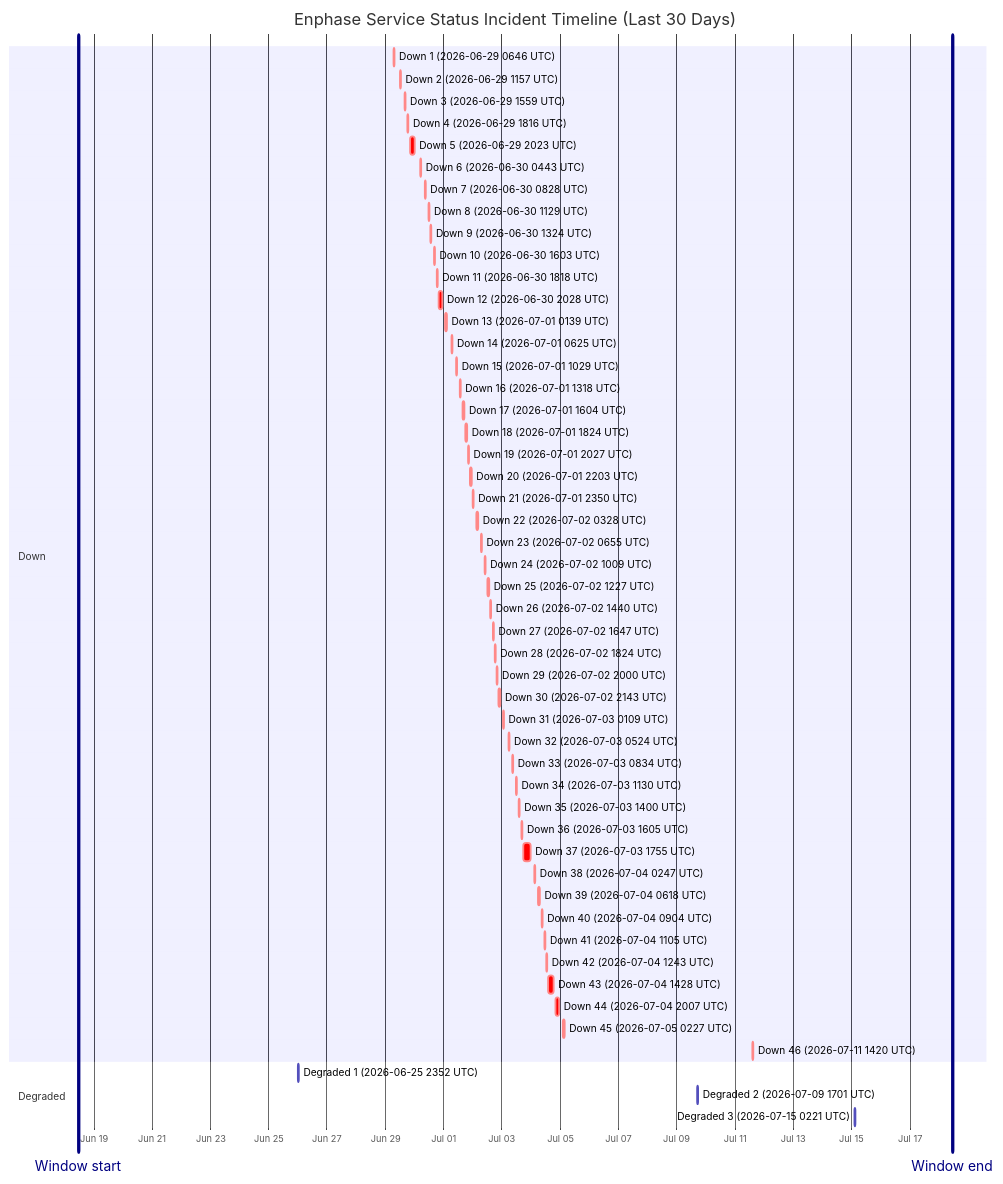
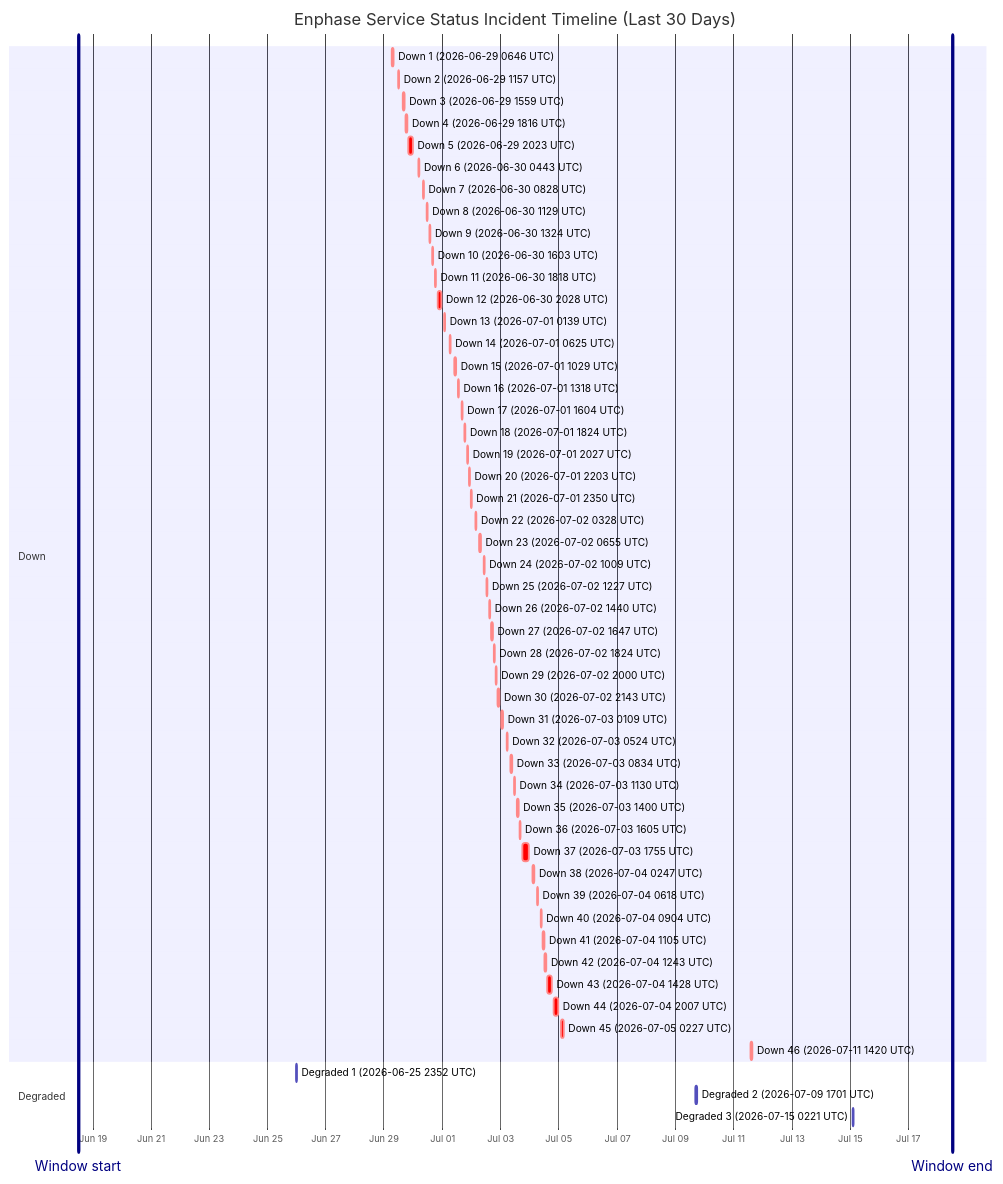
One commit to barneyonline/ha-enphase-energy changed the diagram in wiki/Service-Status-History.md. Above: the diagram before and after it, drawn with Mermaid. The commit also changed other lines of this file and 3 other files, not shown here.

````diff
--- a/wiki/Service-Status-History.md
+++ b/wiki/Service-Status-History.md
@@ -14,59 +14,59 @@
 ```mermaid
 gantt
     title Enphase Service Status Incident Timeline (Last 30 Days)
     dateFormat  YYYY-MM-DDTHH:mm:ss
     axisFormat  %b %d
-    Window start :vert, window-start, 2026-06-18T11:02:24, 0ms
-    Window end :vert, window-end, 2026-07-18T11:02:24, 0ms
+    Window start :vert, window-start, 2026-06-18T12:11:29, 0ms
+    Window end :vert, window-end, 2026-07-18T12:11:29, 0ms
     section Down
     Down 1 (2026-06-29 0646 UTC) :crit, down-1, 2026-06-29T06:46:18, 60m
     Down 2 (2026-06-29 1157 UTC) :crit, down-2, 2026-06-29T11:57:36, 60m
     Down 3 (2026-06-29 1559 UTC) :crit, down-3, 2026-06-29T15:59:02, 60m
     Down 4 (2026-06-29 1816 UTC) :crit, down-4, 2026-06-29T18:16:38, 60m
     Down 5 (2026-06-29 2023 UTC) :crit, down-5, 2026-06-29T20:23:16, 220m
     Down 6 (2026-06-30 0443 UTC) :crit, down-6, 2026-06-30T04:43:54, 60m
     Down 7 (2026-06-30 0828 UTC) :crit, down-7, 2026-06-30T08:28:43, 60m
     Down 8 (2026-06-30 1129 UTC) :crit, down-8, 2026-06-30T11:29:15, 60m
     Down 9 (2026-06-30 1324 UTC) :crit, down-9, 2026-06-30T13:24:25, 60m
     Down 10 (2026-06-30 1603 UTC) :crit, down-10, 2026-06-30T16:03:26, 60m
     Down 11 (2026-06-30 1818 UTC) :crit, down-11, 2026-06-30T18:18:39, 60m
     Down 12 (2026-06-30 2028 UTC) :crit, down-12, 2026-06-30T20:28:54, 171m
     Down 13 (2026-07-01 0139 UTC) :crit, down-13, 2026-07-01T01:39:18, 60m
     Down 14 (2026-07-01 0625 UTC) :crit, down-14, 2026-07-01T06:25:35, 60m
     Down 15 (2026-07-01 1029 UTC) :crit, down-15, 2026-07-01T10:29:24, 60m
     Down 16 (2026-07-01 1318 UTC) :crit, down-16, 2026-07-01T13:18:31, 60m
     Down 17 (2026-07-01 1604 UTC) :crit, down-17, 2026-07-01T16:04:29, 60m
     Down 18 (2026-07-01 1824 UTC) :crit, down-18, 2026-07-01T18:24:21, 60m
     Down 19 (2026-07-01 2027 UTC) :crit, down-19, 2026-07-01T20:27:17, 60m
     Down 20 (2026-07-01 2203 UTC) :crit, down-20, 2026-07-01T22:03:46, 60m
     Down 21 (2026-07-01 2350 UTC) :crit, down-21, 2026-07-01T23:50:52, 60m
     Down 22 (2026-07-02 0328 UTC) :crit, down-22, 2026-07-02T03:28:33, 60m
     Down 23 (2026-07-02 0655 UTC) :crit, down-23, 2026-07-02T06:55:07, 60m
     Down 24 (2026-07-02 1009 UTC) :crit, down-24, 2026-07-02T10:09:15, 60m
     Down 25 (2026-07-02 1227 UTC) :crit, down-25, 2026-07-02T12:27:49, 60m
     Down 26 (2026-07-02 1440 UTC) :crit, down-26, 2026-07-02T14:40:53, 60m
     Down 27 (2026-07-02 1647 UTC) :crit, down-27, 2026-07-02T16:47:47, 60m
     Down 28 (2026-07-02 1824 UTC) :crit, down-28, 2026-07-02T18:24:26, 60m
     Down 29 (2026-07-02 2000 UTC) :crit, down-29, 2026-07-02T20:00:57, 60m
     Down 30 (2026-07-02 2143 UTC) :crit, down-30, 2026-07-02T21:43:52, 80m
     Down 31 (2026-07-03 0109 UTC) :crit, down-31, 2026-07-03T01:09:19, 60m
     Down 32 (2026-07-03 0524 UTC) :crit, down-32, 2026-07-03T05:24:23, 60m
     Down 33 (2026-07-03 0834 UTC) :crit, down-33, 2026-07-03T08:34:05, 60m
     Down 34 (2026-07-03 1130 UTC) :crit, down-34, 2026-07-03T11:30:41, 60m
     Down 35 (2026-07-03 1400 UTC) :crit, down-35, 2026-07-03T14:00:48, 60m
     Down 36 (2026-07-03 1605 UTC) :crit, down-36, 2026-07-03T16:05:49, 60m
     Down 37 (2026-07-03 1755 UTC) :crit, down-37, 2026-07-03T17:55:54, 338m
     Down 38 (2026-07-04 0247 UTC) :crit, down-38, 2026-07-04T02:47:22, 60m
     Down 39 (2026-07-04 0618 UTC) :crit, down-39, 2026-07-04T06:18:09, 60m
     Down 40 (2026-07-04 0904 UTC) :crit, down-40, 2026-07-04T09:04:41, 60m
     Down 41 (2026-07-04 1105 UTC) :crit, down-41, 2026-07-04T11:05:21, 60m
     Down 42 (2026-07-04 1243 UTC) :crit, down-42, 2026-07-04T12:43:25, 60m
     Down 43 (2026-07-04 1428 UTC) :crit, down-43, 2026-07-04T14:28:07, 243m
     Down 44 (2026-07-04 2007 UTC) :crit, down-44, 2026-07-04T20:07:50, 206m
     Down 45 (2026-07-05 0227 UTC) :crit, down-45, 2026-07-05T02:27:32, 109m
     Down 46 (2026-07-11 1420 UTC) :crit, down-46, 2026-07-11T14:20:54, 69m
     section Degraded
     Degraded 1 (2026-06-25 2352 UTC) :active, degraded-1, 2026-06-25T23:52:01, 60m
     Degraded 2 (2026-07-09 1701 UTC) :active, degraded-2, 2026-07-09T17:01:02, 60m
     Degraded 3 (2026-07-15 0221 UTC) :active, degraded-3, 2026-07-15T02:21:35, 60m
 ```
````
